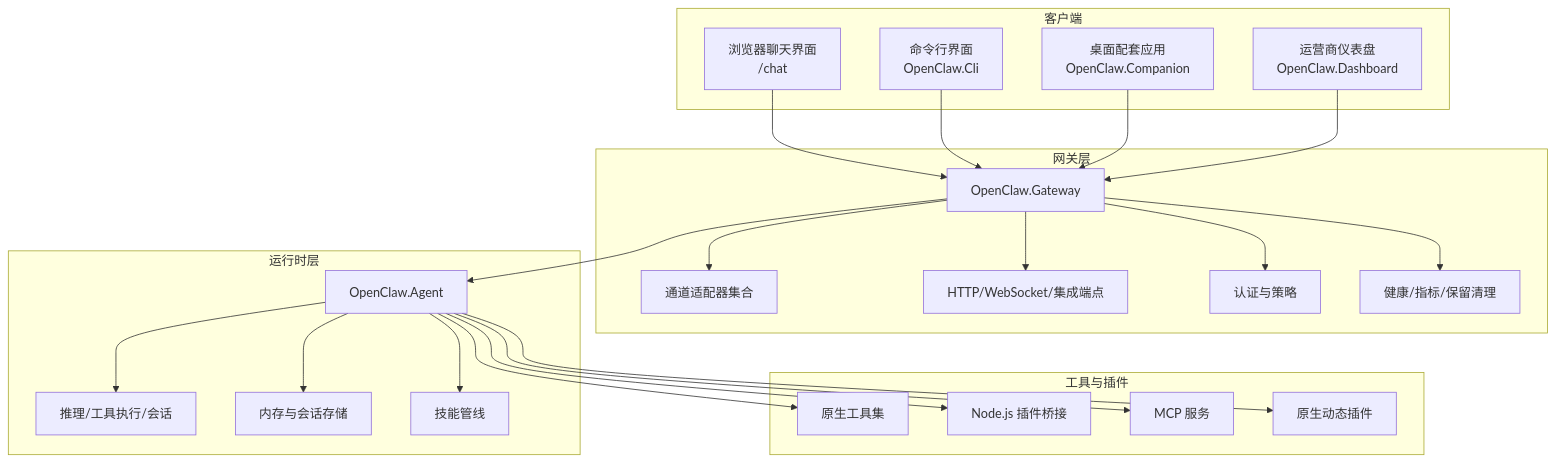
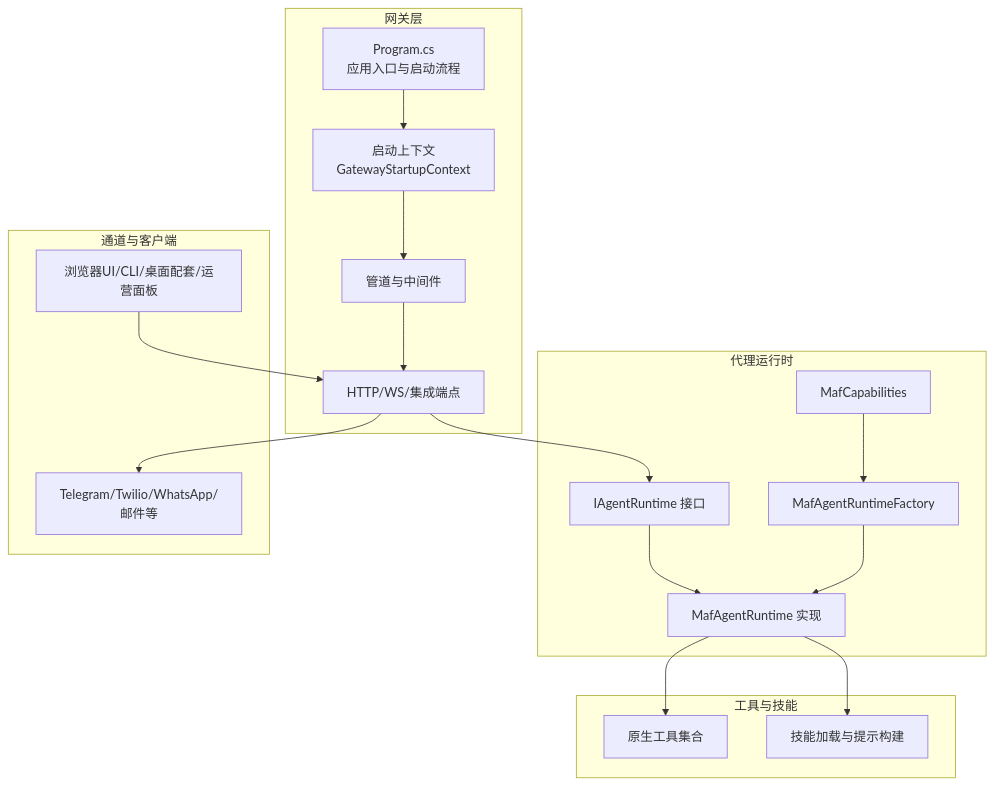
The first of 7 diagrams in .qoder/repowiki/zh/content/项目概述/项目概述.md (wayyet/kingcrab), drawn with Mermaid before and after one commit. The commit also changed other lines of this file and 173 other files, not shown here.

````diff
--- a/.qoder/repowiki/zh/content/项目概述/项目概述.md
+++ b/.qoder/repowiki/zh/content/项目概述/项目概述.md
@@ -49,44 +52,32 @@
 ```mermaid
 graph TB
-subgraph "客户端"
-WebChat["浏览器聊天界面<br/>/chat"]
-CLI["命令行界面<br/>OpenClaw.Cli"]
-Companion["桌面配套应用<br/>OpenClaw.Companion"]
-Dashboard["运营商仪表盘<br/>OpenClaw.Dashboard"]
+subgraph "网关层"
+Program["Program.cs<br/>应用入口与启动流程"]
+Bootstrap["启动上下文<br/>GatewayStartupContext"]
+Pipeline["管道与中间件"]
+Endpoints["HTTP/WS/集成端点"]
 end
-subgraph "网关层"
-Gateway["OpenClaw.Gateway"]
-Channels["通道适配器集合"]
-Endpoints["HTTP/WebSocket/集成端点"]
-Security["认证与策略"]
-Observability["健康/指标/保留清理"]
+subgraph "代理运行时"
+IRuntime["IAgentRuntime 接口"]
+MafRuntime["MafAgentRuntime 实现"]
+Factory["MafAgentRuntimeFactory"]
+Cap["MafCapabilities"]
 end
-subgraph "运行时层"
-Agent["OpenClaw.Agent"]
-Runtime["推理/工具执行/会话"]
-Memory["内存与会话存储"]
-Skills["技能管线"]
+subgraph "工具与技能"
+Tools["原生工具集合"]
+Skills["技能加载与提示构建"]
 end
-subgraph "工具与插件"
-NativeTools["原生工具集"]
-Bridge["Node.js 插件桥接"]
-MCP["MCP 服务"]
-DynamicNative["原生动态插件"]
+subgraph "通道与客户端"
+Channels["Telegram/Twilio/WhatsApp/邮件等"]
+Clients["浏览器UI/CLI/桌面配套/运营面板"]
 end
-WebChat --> Gateway
-CLI --> Gateway
-Companion --> Gateway
-Dashboard --> Gateway
-Gateway --> Channels
-Gateway --> Endpoints
-Gateway --> Security
-Gateway --> Observability
-Gateway --> Agent
-Agent --> Runtime
-Agent --> Memory
-Agent --> Skills
-Agent --> NativeTools
-Agent --> Bridge
-Agent --> MCP
-Agent --> DynamicNative
+Program --> Bootstrap --> Pipeline --> Endpoints
+Endpoints --> IRuntime
+IRuntime --> MafRuntime
+Factory --> MafRuntime
+Cap --> Factory
+MafRuntime --> Tools
+MafRuntime --> Skills
+Endpoints --> Channels
+Clients --> Endpoints
 ```
````
